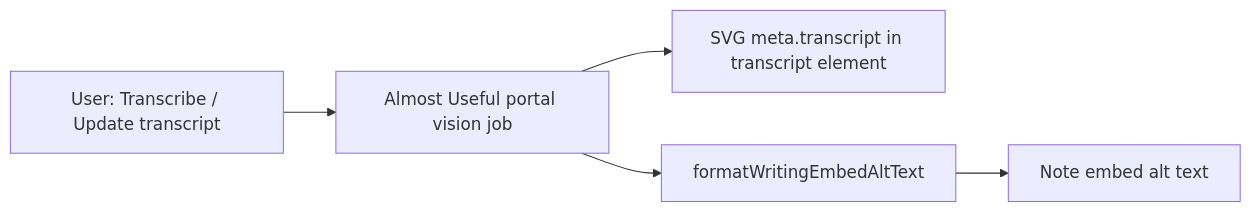
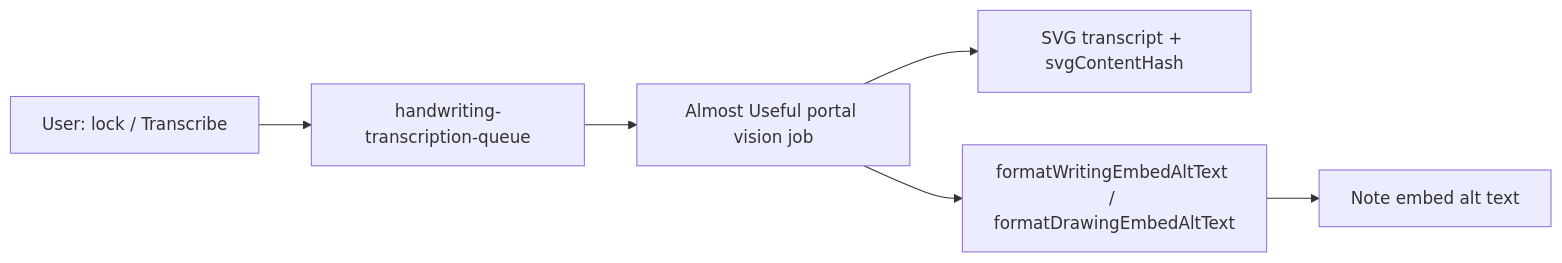
One commit to daledesilva/obsidian_ink changed the first of 3 diagrams in docs/writing-transcription.md. Above: the diagram before and after it, drawn with Mermaid. The commit also changed other lines of this file and 24 other files, not shown here.

Commit message:
added: Plugin-owned handwriting transcription queue for writing and drawing so jobs survived embed unmount, note close, and Obsidian quit. Introduced device-local pending jobs, vault-synced auto-on-close toggles, svgContentHash SimHash skip, and vault-wide embed alt patching.

````diff
--- a/docs/writing-transcription.md
+++ b/docs/writing-transcription.md
@@ -18,12 +21,14 @@
 ```mermaid
 flowchart LR
-  User[User: Transcribe / Update transcript]
+  User[User: lock / Transcribe]
+  Queue[handwriting-transcription-queue]
   Portal[Almost Useful portal vision job]
-  Svg["SVG meta.transcript in transcript element"]
-  Alt[formatWritingEmbedAltText]
+  Svg["SVG transcript + svgContentHash"]
+  Alt[formatWritingEmbedAltText / formatDrawingEmbedAltText]
   Note["Note embed alt text"]
-  User --> Portal
+  User --> Queue
+  Queue --> Portal
   Portal --> Svg
   Portal --> Alt
   Alt --> Note
 ```
````
